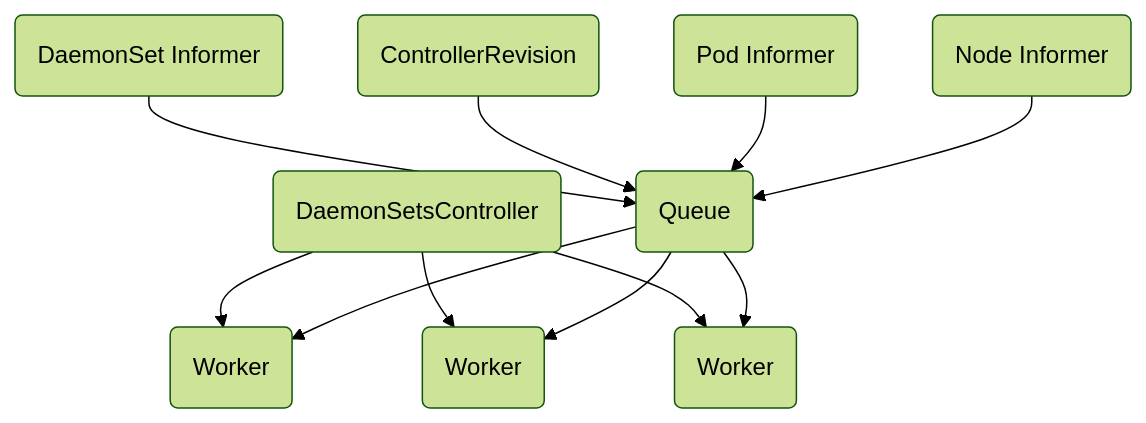
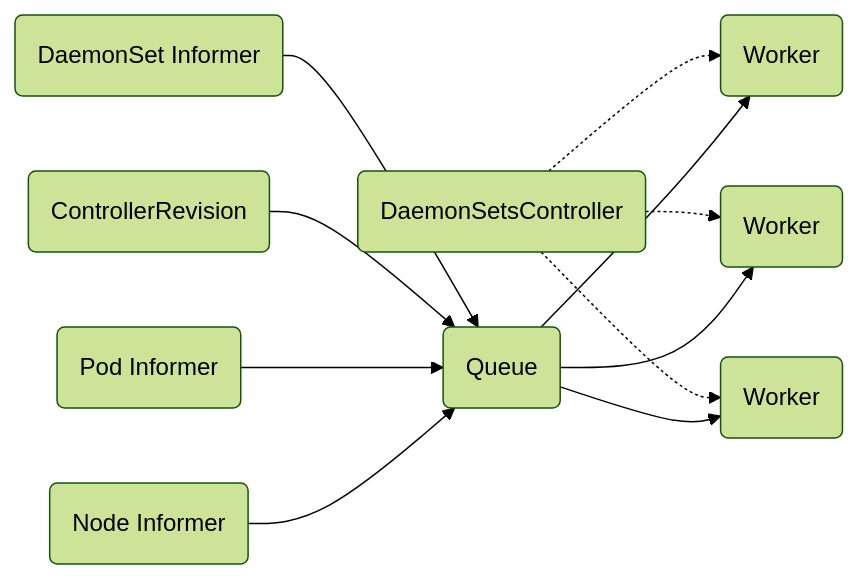
Before and after one commit to zyt312074545/zyt312074545.github.io: the fifth of 5 diagrams in _posts/2019-04-03-Kubernetes-2.md, drawn with Mermaid (forest theme).

Commit message:
update chart

````diff
--- a/_posts/2019-04-03-Kubernetes-2.md
+++ b/_posts/2019-04-03-Kubernetes-2.md
@@ -228,13 +228,13 @@
 ```mermaid
-    graph TD;
-        A(DaemonSetsController) --> B(Worker);
-        A(DaemonSetsController) --> C(Worker);
-        A(DaemonSetsController) --> D(Worker);
+    graph LR;
+        A(DaemonSetsController) -.-> B(Worker);
+        A(DaemonSetsController) -.-> C(Worker);
+        A(DaemonSetsController) -.-> D(Worker);
         E(Queue) --> B(Worker);
         E(Queue) --> C(Worker);
         E(Queue) --> D(Worker);
         F(DaemonSet Informer) --> E(Queue);
         G(ControllerRevision) --> E(Queue);
         H(Pod Informer) --> E(Queue);
         I(Node Informer) --> E(Queue);
 ```
````
